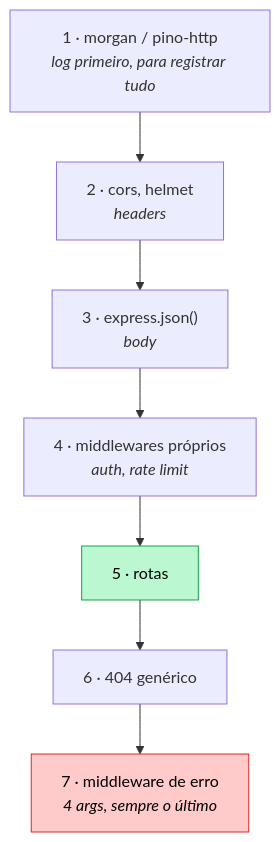
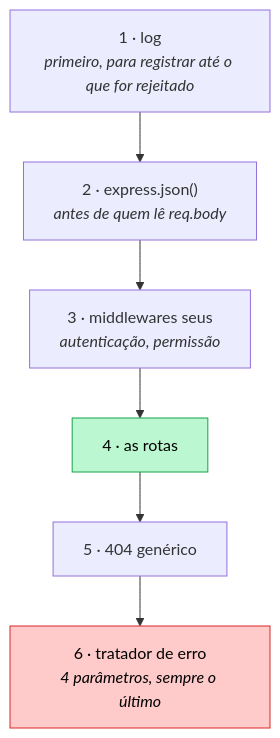
One commit to kessleru/Backend-express changed the fourth of 4 diagrams in docs/05-middlewares.md. Above: the diagram before and after it, drawn with Mermaid. The commit also changed other lines of this file and 1 other file, not shown here.

````diff
--- a/docs/05-middlewares.md
+++ b/docs/05-middlewares.md
@@ -281,13 +413,12 @@
 ```mermaid
 flowchart TD
-    A["1 · morgan / pino-http<br/><i>log primeiro, para registrar tudo</i>"]
-    B["2 · cors, helmet<br/><i>headers</i>"]
-    C["3 · express.json()<br/><i>body</i>"]
-    D["4 · middlewares próprios<br/><i>auth, rate limit</i>"]
-    E["5 · rotas"]
-    F["6 · 404 genérico"]
-    G["7 · middleware de erro<br/><i>4 args, sempre o último</i>"]
-    A --> B --> C --> D --> E --> F --> G
-    style G fill:#fecaca,stroke:#dc2626,color:#000
-    style E fill:#bbf7d0,stroke:#16a34a,color:#000
+    A["1 · log<br/><i>primeiro, para registrar até o que for rejeitado</i>"]
+    B["2 · express.json()<br/><i>antes de quem lê req.body</i>"]
+    C["3 · middlewares seus<br/><i>autenticação, permissão</i>"]
+    D["4 · as rotas"]
+    E["5 · 404 genérico"]
+    F["6 · tratador de erro<br/><i>4 parâmetros, sempre o último</i>"]
+    A --> B --> C --> D --> E --> F
+    style F fill:#fecaca,stroke:#dc2626,color:#000
+    style D fill:#bbf7d0,stroke:#16a34a,color:#000
 ```
````
